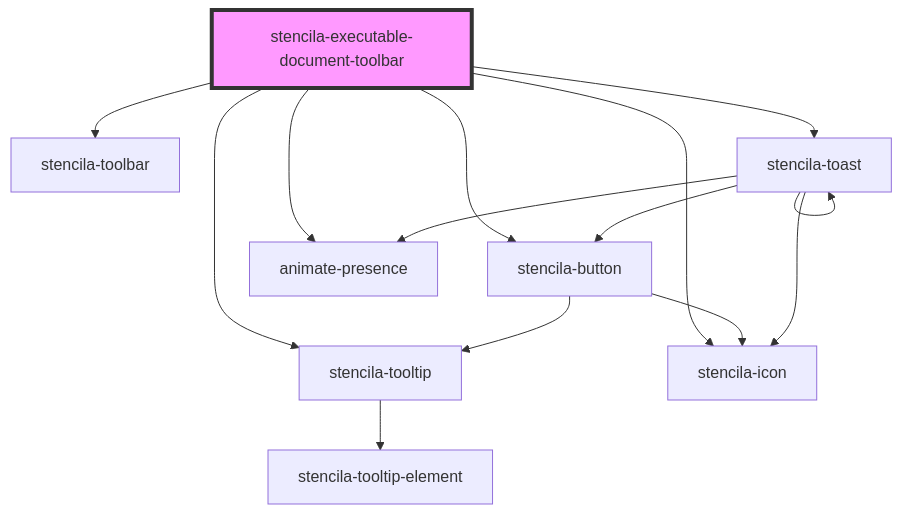
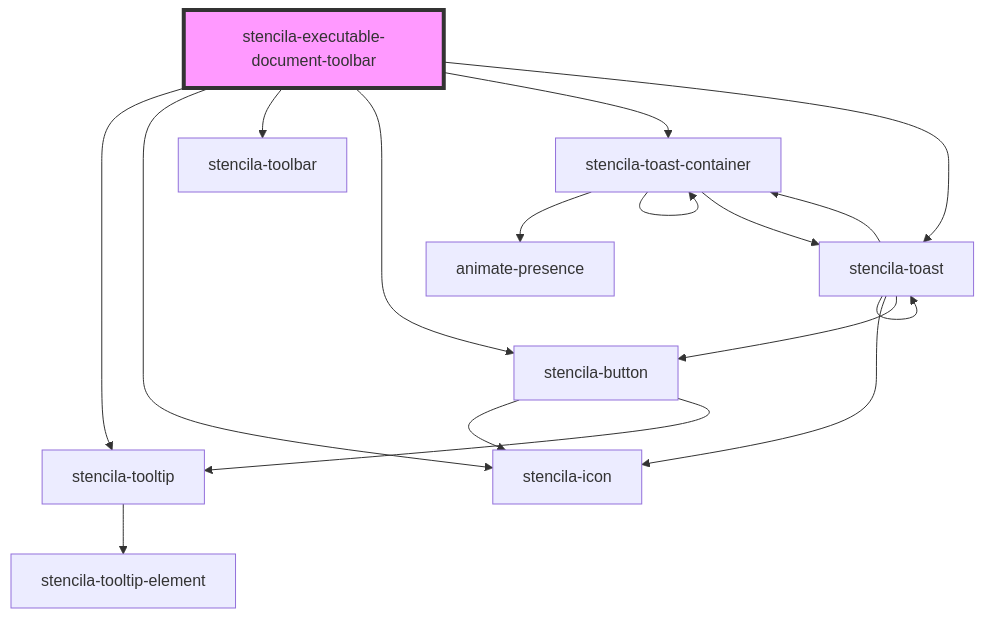
Before and after one commit to stencila/designa: the diagram in packages/components/src/components/executableDocumentToolbar/readme.md, drawn with Mermaid. The commit also changed other lines of this file and 7 other files, not shown here.

Commit message:
refactor(Toast): Extract Toast container into own component

````diff
--- a/packages/components/src/components/executableDocumentToolbar/readme.md
+++ b/packages/components/src/components/executableDocumentToolbar/readme.md
@@ -36,17 +36,20 @@
 ```mermaid
 graph TD;
   stencila-executable-document-toolbar --> stencila-tooltip
   stencila-executable-document-toolbar --> stencila-icon
   stencila-executable-document-toolbar --> stencila-toolbar
   stencila-executable-document-toolbar --> stencila-button
-  stencila-executable-document-toolbar --> animate-presence
+  stencila-executable-document-toolbar --> stencila-toast-container
   stencila-executable-document-toolbar --> stencila-toast
   stencila-tooltip --> stencila-tooltip-element
   stencila-button --> stencila-icon
   stencila-button --> stencila-tooltip
+  stencila-toast-container --> animate-presence
+  stencila-toast-container --> stencila-toast-container
+  stencila-toast-container --> stencila-toast
   stencila-toast --> stencila-icon
   stencila-toast --> stencila-button
-  stencila-toast --> animate-presence
+  stencila-toast --> stencila-toast-container
   stencila-toast --> stencila-toast
   style stencila-executable-document-toolbar fill:#f9f,stroke:#333,stroke-width:4px
 ```
````
